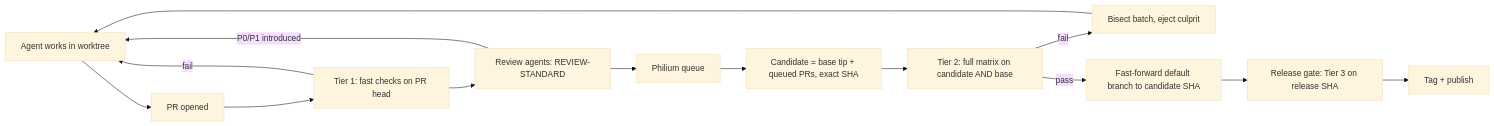
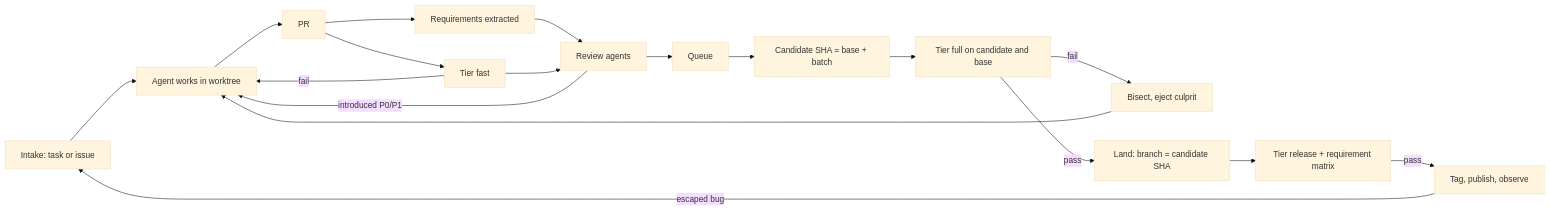
One commit to fimgu/philium changed the diagram in docs/PIPELINE.md. Above: the diagram before and after it, drawn with Mermaid (base theme). The commit also changed other lines of this file, not shown here.

Commit message:
Make the pipeline design generic: invariants, stages, repo contract, replay to prove the gate

````diff
--- a/docs/PIPELINE.md
+++ b/docs/PIPELINE.md
@@ -20,14 +31,18 @@
 ```mermaid
 flowchart LR
-  A[Agent works in worktree] --> B[PR opened]
-  B --> C[Tier 1: fast checks on PR head]
-  C -->|fail| A
-  C --> D[Review agents: REVIEW-STANDARD]
-  D -->|P0/P1 introduced| A
-  D --> E[Philium queue]
-  E --> F[Candidate = base tip + queued PRs, exact SHA]
-  F --> G[Tier 2: full matrix on candidate AND base]
-  G -->|fail| H[Bisect batch, eject culprit] --> A
-  G -->|pass| I[Fast-forward default branch to candidate SHA]
-  I --> J[Release gate: Tier 3 on release SHA] --> K[Tag + publish]
+  I[Intake: task or issue] --> W[Agent works in worktree]
+  W --> P[PR]
+  P --> R[Requirements extracted]
+  P --> F[Tier fast]
+  F -->|fail| W
+  R --> V[Review agents]
+  F --> V
+  V -->|introduced P0/P1| W
+  V --> Q[Queue]
+  Q --> C[Candidate SHA = base + batch]
+  C --> FU[Tier full on candidate and base]
+  FU -->|fail| B[Bisect, eject culprit] --> W
+  FU -->|pass| L[Land: branch = candidate SHA]
+  L --> RL[Tier release + requirement matrix] -->|pass| S[Tag, publish, observe]
+  S -->|escaped bug| I
 ```
````
